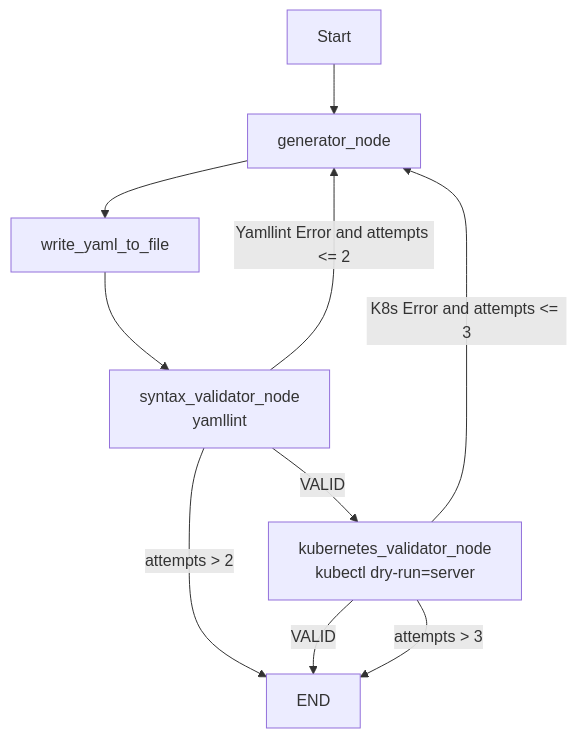
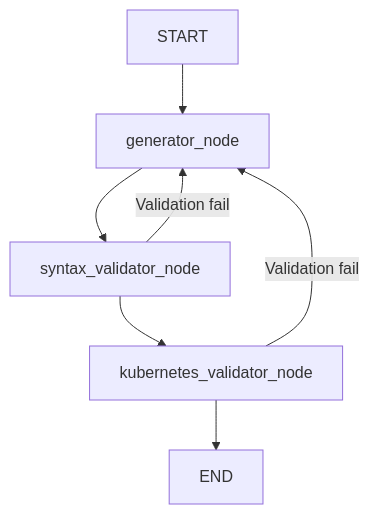
The diagram in README.md (elisa0205/agent4net-intent), drawn with Mermaid before and after one commit.

Commit message:
Fix graph in readme pt1

````diff
--- a/README.md
+++ b/README.md
@@ -44,12 +44,9 @@
 ```mermaid
 flowchart TD
-		A[Start] --> B[generator_node]
-		B --> C[write_yaml_to_file]
-		C --> D[syntax_validator_node<br/>yamllint]
-		D -->|VALID| E[kubernetes_validator_node<br/>kubectl dry-run=server]
-		D -->|Yamllint Error and attempts <= 2| B
-		D -->|attempts > 2| F[END]
-		E -->|VALID| F
-		E -->|K8s Error and attempts <= 3| B
-		E -->|attempts > 3| F
+		A[START] --> B[generator_node]
+		B --> C[syntax_validator_node]
+		C --> D[kubernetes_validator_node]
+		D --> E[END]
+		C -->|Validation fail| B
+		D -->|Validation fail| B
 ```
````
